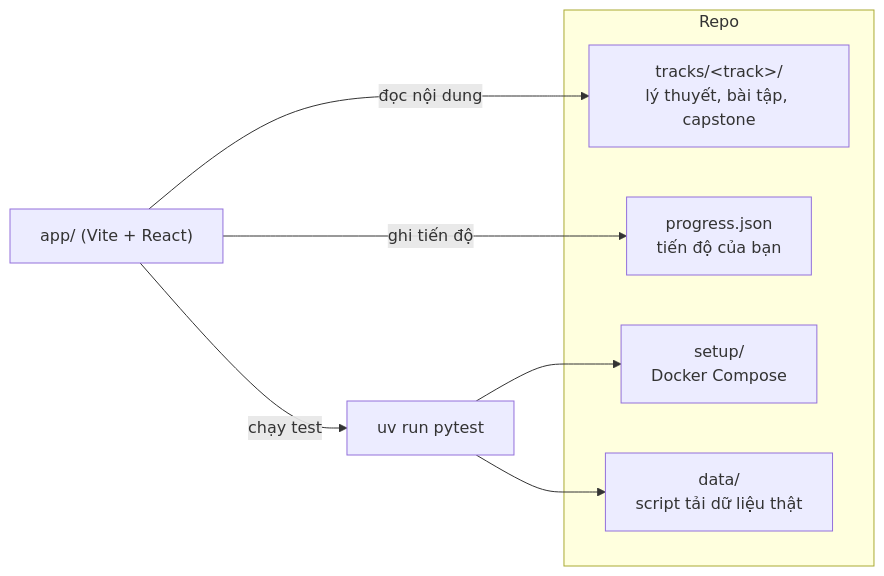
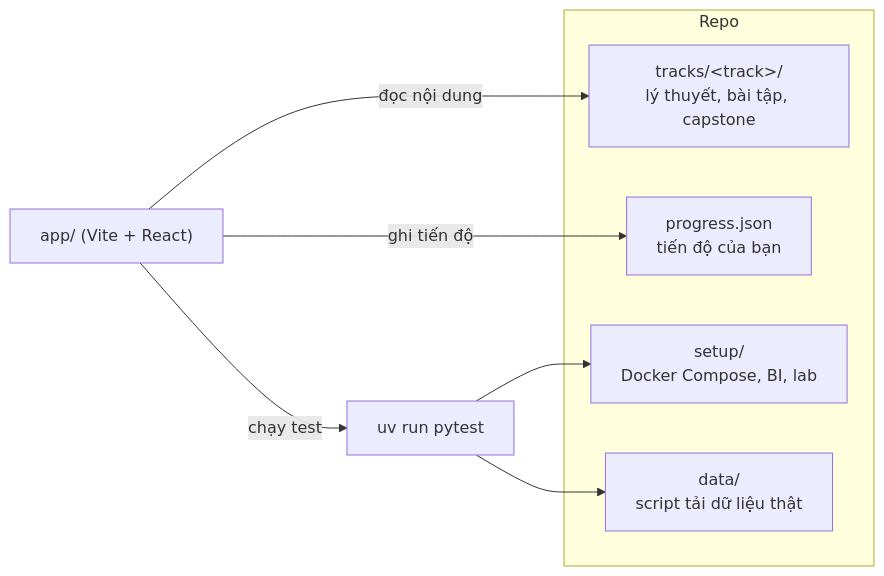
Before and after one commit to Buicongbang04/Learning_Platform: the diagram in README.md, drawn with Mermaid. The commit also changed other lines of this file, not shown here.

Commit message:
README: viết lại theo hiện trạng repo, thêm track Data Analyst và DevOps, các dạng bài Excel và trắc nghiệm, nhóm dịch vụ bi/devops, xử lý sự cố LibreOffice, cấu trúc docs và roadmap

````diff
--- a/README.md
+++ b/README.md
@@ -23,14 +27,14 @@
 ```mermaid
 flowchart LR
   subgraph Repo
     T["tracks/&lt;track&gt;/<br/>lý thuyết, bài tập, capstone"]
     P["progress.json<br/>tiến độ của bạn"]
-    S["setup/<br/>Docker Compose"]
+    S["setup/<br/>Docker Compose, BI, lab"]
     D["data/<br/>script tải dữ liệu thật"]
   end
   A["app/ (Vite + React)"] -- đọc nội dung --> T
   A -- ghi tiến độ --> P
   A -- chạy test --> E["uv run pytest"]
   E --> S
   E --> D
 ```
````
